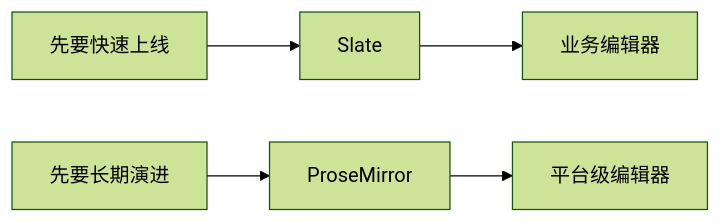
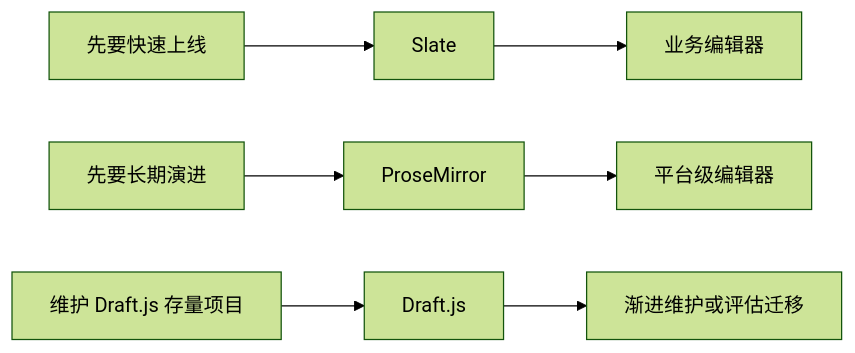
One commit to cyxofgithub/front-end-self-study changed the first of 4 diagrams in 编辑器/编辑器框架.md. Above: the diagram before and after it, drawn with Mermaid (forest theme). The commit also changed other lines of this file and 84 other files, not shown here.

````diff
--- a/编辑器/编辑器框架.md
+++ b/编辑器/编辑器框架.md
@@ -9,7 +10,9 @@
 ```mermaid
 flowchart LR
   needSpeed[先要快速上线] --> slateRoute[Slate]
   needScale[先要长期演进] --> pmRoute[ProseMirror]
+  legacy[维护 Draft.js 存量项目] --> draftRoute[Draft.js]
   slateRoute --> bizEditor[业务编辑器]
   pmRoute --> platformEditor[平台级编辑器]
+  draftRoute --> maintain[渐进维护或评估迁移]
 ```
````
